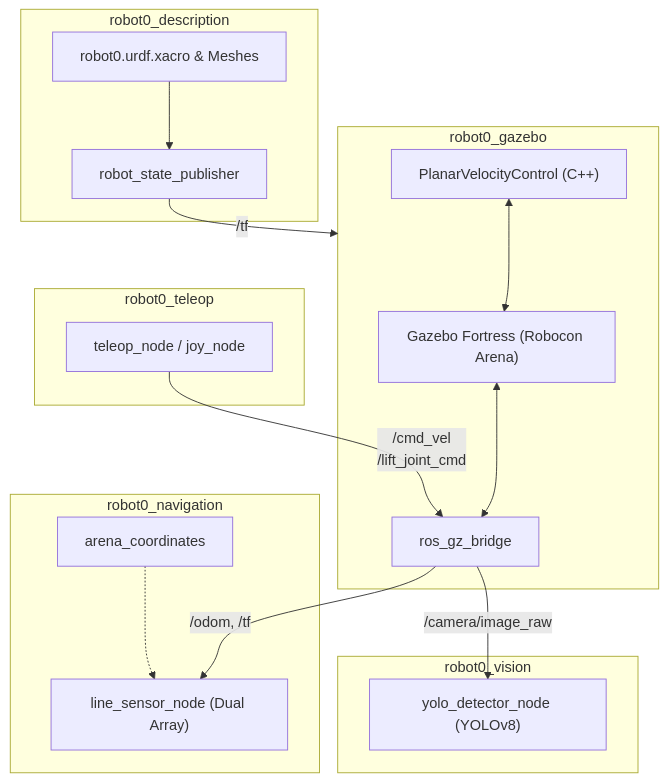
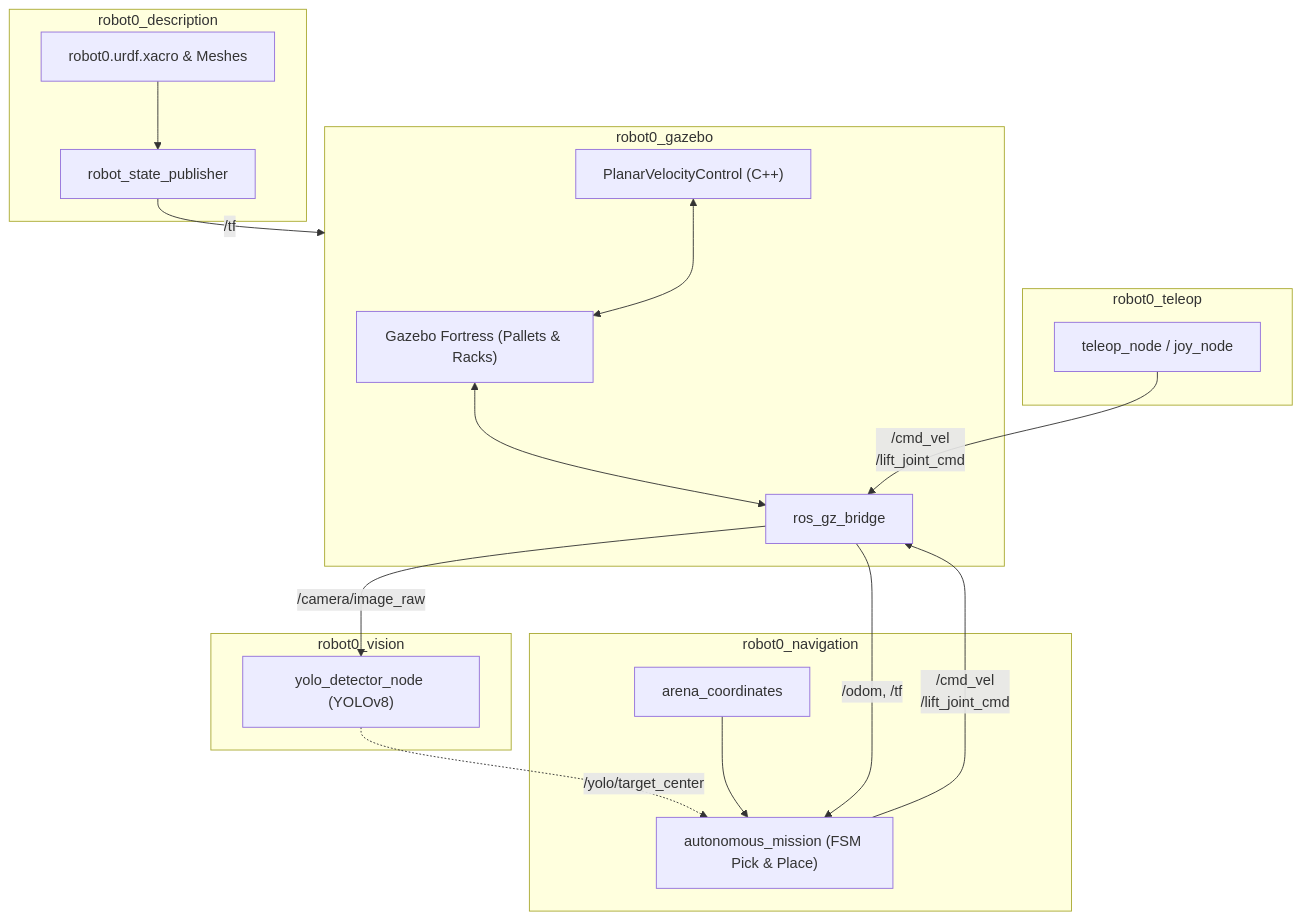
Before and after one commit to vuquan2005/da-cdt: the diagram in README.md, drawn with Mermaid. The commit also changed other lines of this file and 18 other files, not shown here.

````diff
--- a/README.md
+++ b/README.md
@@ -9,36 +9,38 @@
 ```mermaid
 flowchart TD
     subgraph TELEOP["robot0_teleop"]
         Joy["teleop_node / joy_node"]
     end
 
     subgraph SIMULATION["robot0_gazebo"]
-        GZ["Gazebo Fortress (Robocon Arena)"]
+        GZ["Gazebo Fortress (Pallets & Racks)"]
         Bridge["ros_gz_bridge"]
         Plugin["PlanarVelocityControl (C++)"]
         GZ <--> Bridge
         Plugin <--> GZ
     end
 
     subgraph VISION["robot0_vision"]
         Yolo["yolo_detector_node (YOLOv8)"]
     end
 
     subgraph NAVIGATION["robot0_navigation"]
-        LineSensor["line_sensor_node (Dual Array)"]
-        ArenaCoords["arena_coordinates"]
+        Mission["autonomous_mission (FSM Pick & Place)"]
+        Coords["arena_coordinates"]
+        Coords --> Mission
     end
 
     subgraph DESCRIPTION["robot0_description"]
         URDF["robot0.urdf.xacro & Meshes"]
         RSP["robot_state_publisher"]
         URDF --> RSP
     end
 
     %% Luồng điều khiển & Cảm biến
     Joy -->|"/cmd_vel<br/>/lift_joint_cmd"| Bridge
+    Mission -->|"/cmd_vel<br/>/lift_joint_cmd"| Bridge
     Bridge -->|"/camera/image_raw"| Yolo
-    Bridge -->|"/odom, /tf"| LineSensor
+    Bridge -->|"/odom, /tf"| Mission
+    Yolo -.->|"/yolo/target_center"| Mission
     RSP -->|"/tf"| SIMULATION
-    ArenaCoords -.-> LineSensor
 ```
````
